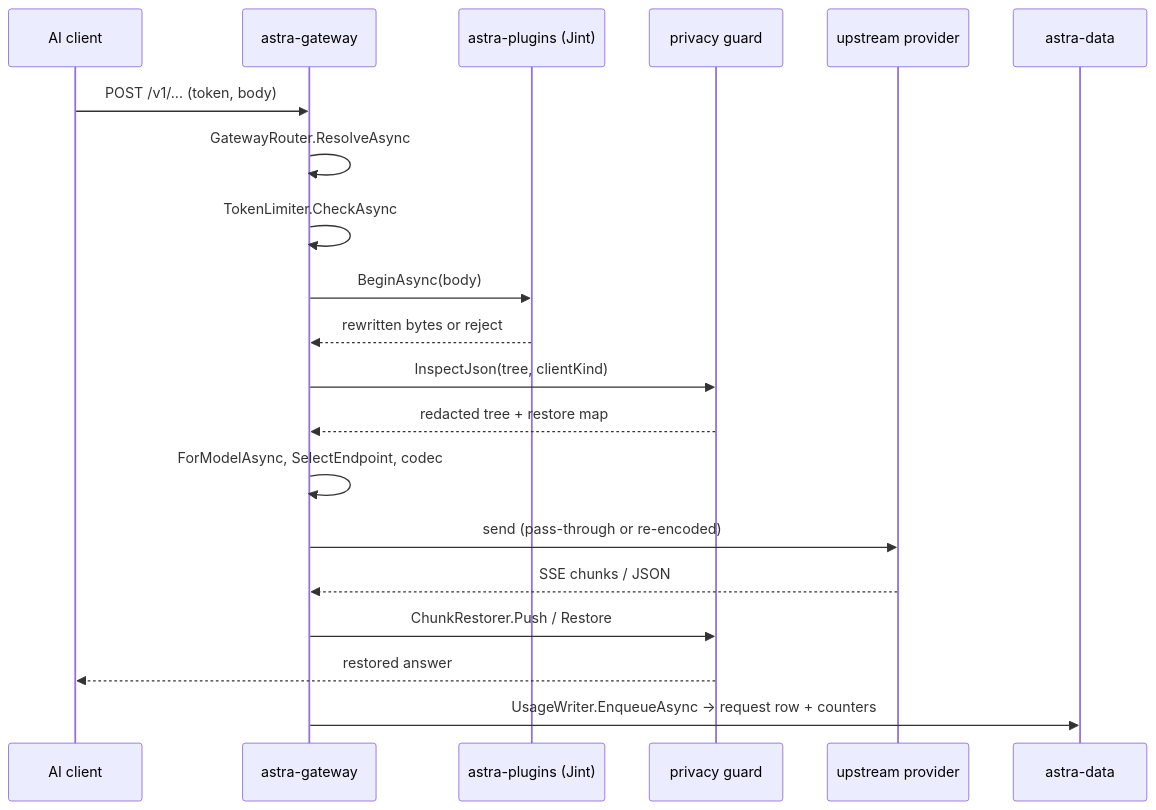
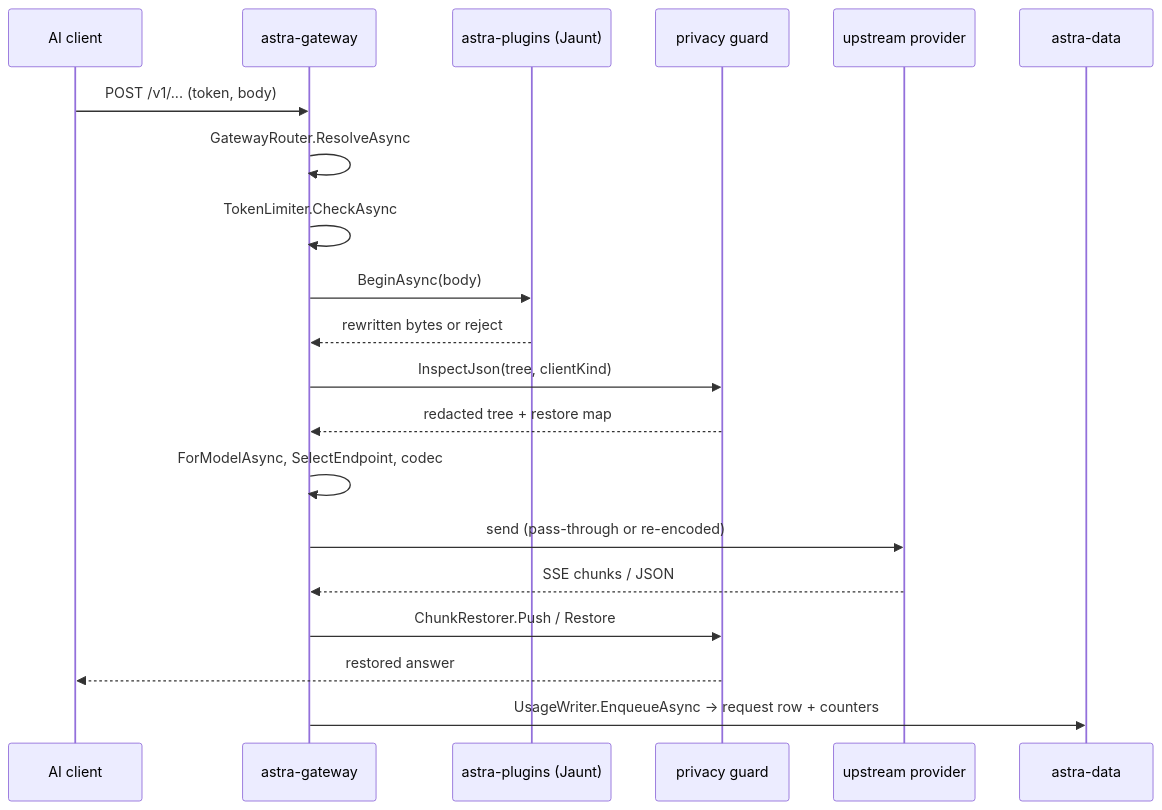
The diagram in .agents/codemap/flows/gateway-request.md (239573049/Astra-Gate), drawn with Mermaid before and after one commit. The commit also changed 38 other files, not shown here.

First line of the commit message:
chore: commit pending work (Jaunt replaces Jint, clipboard bitmap, daily bill) and the docs that mention Skills

````diff
--- a/.agents/codemap/flows/gateway-request.md
+++ b/.agents/codemap/flows/gateway-request.md
@@ -122,22 +122,22 @@
 ```mermaid
 sequenceDiagram
   participant C as AI client
   participant P as astra-gateway
-  participant MW as astra-plugins (Jint)
+  participant MW as astra-plugins (Jaunt)
   participant PR as privacy guard
   participant U as upstream provider
   participant D as astra-data
   C->>P: POST /v1/... (token, body)
   P->>P: GatewayRouter.ResolveAsync
   P->>P: TokenLimiter.CheckAsync
   P->>MW: BeginAsync(body)
   MW-->>P: rewritten bytes or reject
   P->>PR: InspectJson(tree, clientKind)
   PR-->>P: redacted tree + restore map
   P->>P: ForModelAsync, SelectEndpoint, codec
   P->>U: send (pass-through or re-encoded)
   U-->>P: SSE chunks / JSON
   P->>PR: ChunkRestorer.Push / Restore
   PR-->>C: restored answer
   P->>D: UsageWriter.EnqueueAsync -> request row + counters
 ```
````
